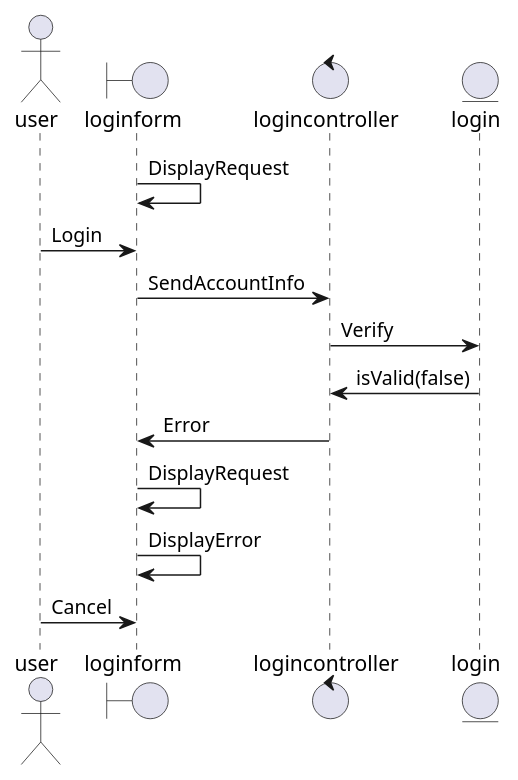
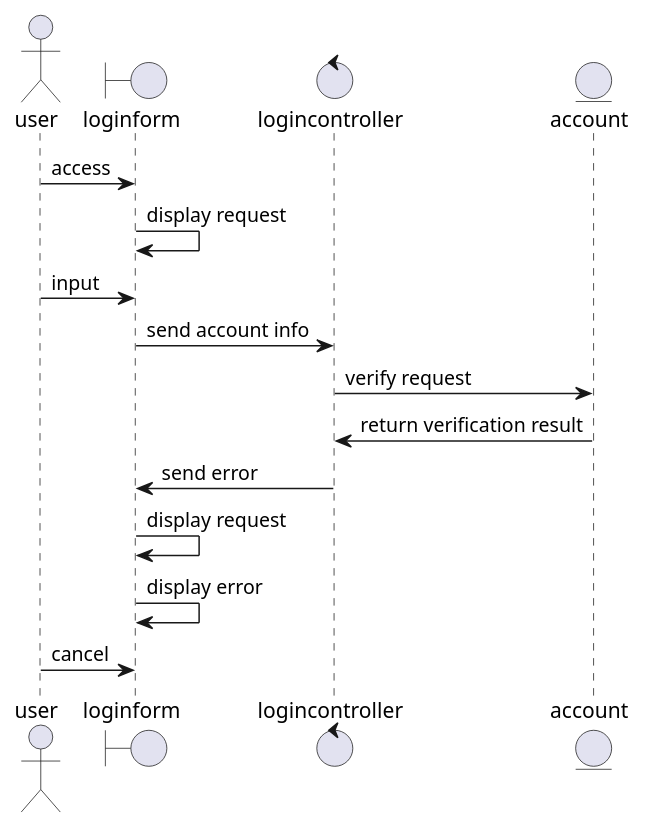
One commit to McSinyx/ipppi changed the sixth of 7 diagrams in source/solution/use-case-analysis.rst. Above: the diagram before and after it, drawn with PlantUML. The commit also changed other lines of this file, not shown here.

```diff
--- a/source/solution/use-case-analysis.rst
+++ b/source/solution/use-case-analysis.rst
@@ -161,16 +161,17 @@
 .. uml::
 
    actor user
    boundary loginform
    control logincontroller
-   entity login
+   entity account
 
-   loginform -> loginform: DisplayRequest
-   user -> loginform: Login
-   loginform -> logincontroller: SendAccountInfo
-   logincontroller->login:Verify
-   login->logincontroller:isValid(false)
-   logincontroller->loginform:Error
-   loginform->loginform:DisplayRequest
-   loginform->loginform:DisplayError
-   user->loginform:Cancel
+   user -> loginform:access
+   loginform -> loginform: display request
+   user -> loginform: input
+   loginform -> logincontroller: send account info
+   logincontroller->account:verify request
+   account->logincontroller:return verification result
+   logincontroller->loginform:send error
+   loginform->loginform:display request
+   loginform->loginform:display error
+   user->loginform:cancel
```
